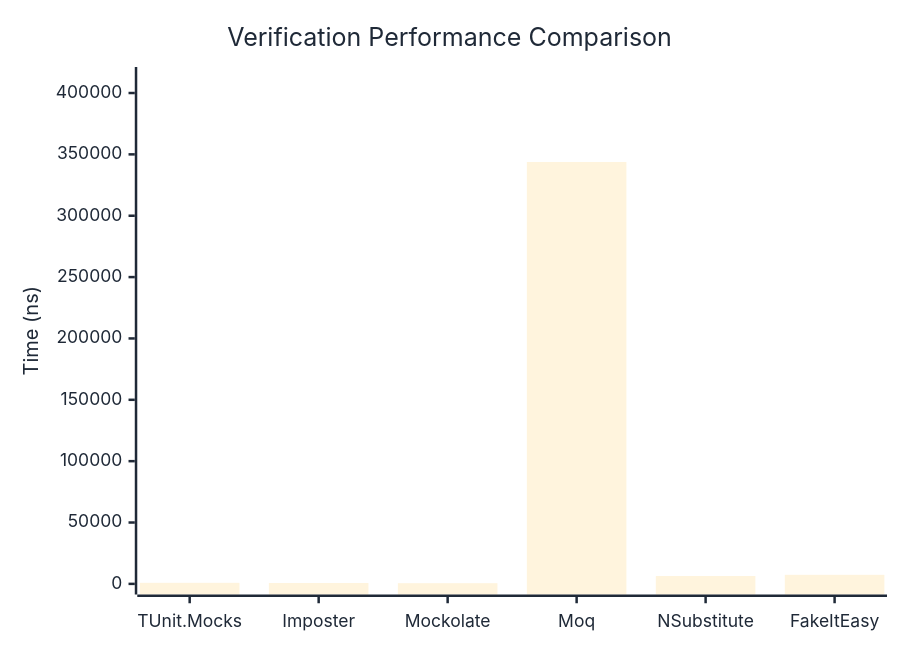
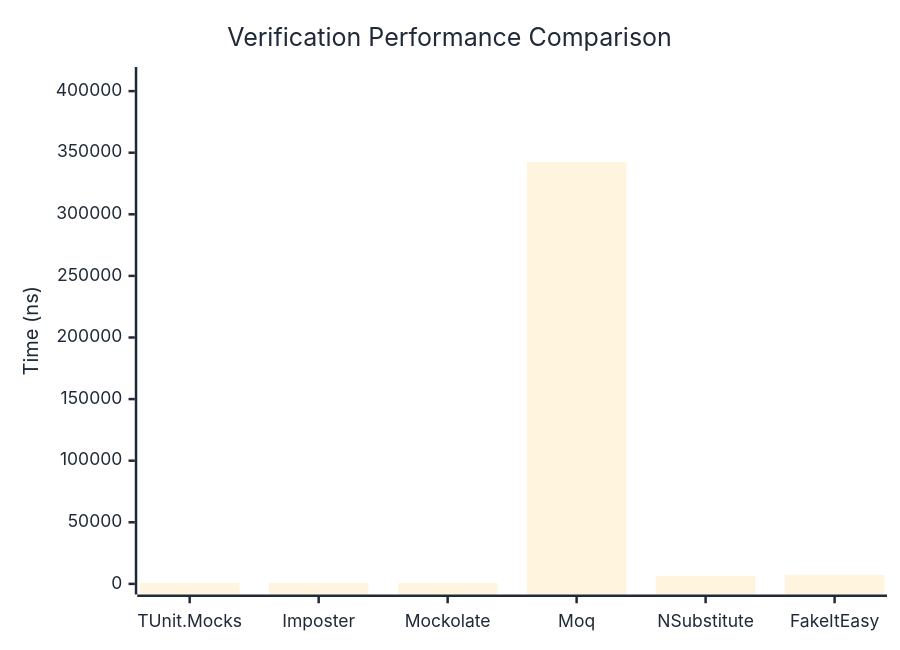
The first of 3 diagrams in docs/docs/benchmarks/mocks/Verification.md (weiyilai/TUnit), drawn with Mermaid before and after one commit. The commit also changed other lines of this file and 14 other files, not shown here.

````diff
--- a/docs/docs/benchmarks/mocks/Verification.md
+++ b/docs/docs/benchmarks/mocks/Verification.md
@@ -28,27 +28,27 @@
 ```mermaid
 %%{init: {
   'theme':'base',
   'themeVariables': {
     'primaryColor': '#2563eb',
     'primaryTextColor': '#1f2937',
     'primaryBorderColor': '#1e40af',
     'lineColor': '#6b7280',
     'secondaryColor': '#7c3aed',
     'tertiaryColor': '#dc2626',
     'background': '#ffffff',
     'pie1': '#2563eb',
     'pie2': '#7c3aed',
     'pie3': '#dc2626',
     'pie4': '#f59e0b',
     'pie5': '#10b981',
     'pie6': '#06b6d4',
     'pie7': '#ec4899',
     'pie8': '#6366f1'
   }
 }}%%
 xychart-beta
   title "Verification Performance Comparison"
   x-axis ["TUnit.Mocks", "Imposter", "Mockolate", "Moq", "NSubstitute", "FakeItEasy"]
-  y-axis "Time (ns)" 0 --> 412538
-  bar [850.29, 687.26, 549.83, 343780.89, 6393.64, 7370.71]
+  y-axis "Time (ns)" 0 --> 410944
+  bar [665.87, 688.48, 681.7, 342452.78, 6582.4, 7375.59]
 ```
````
